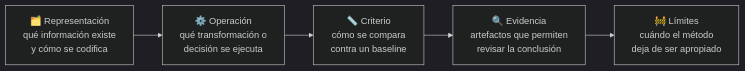
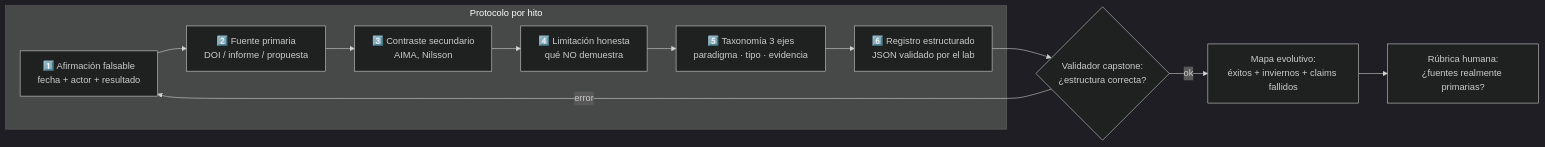
Before and after one commit to vladimiracunadev-create/artificial-intelligence-evolution-program: the diagram in classes/part-00-foundations-history-and-scientific-method/012-proyecto-mapa-evolutivo-verificable-de-la-ia/theory.md, drawn with Mermaid (dark theme). The commit also changed other lines of this file and 47 other files, not shown here.

````diff
--- a/classes/part-00-foundations-history-and-scientific-method/012-proyecto-mapa-evolutivo-verificable-de-la-ia/theory.md
+++ b/classes/part-00-foundations-history-and-scientific-method/012-proyecto-mapa-evolutivo-verificable-de-la-ia/theory.md
@@ -20,7 +105,14 @@
 ```mermaid
 flowchart LR
-    R["🗂️ Representación<br/>qué información existe<br/>y cómo se codifica"] --> O["⚙️ Operación<br/>qué transformación o<br/>decisión se ejecuta"]
-    O --> C["📏 Criterio<br/>cómo se compara<br/>contra un baseline"]
-    C --> E["🔍 Evidencia<br/>artefactos que permiten<br/>revisar la conclusión"]
-    E --> L["🚧 Límites<br/>cuándo el método<br/>deja de ser apropiado"]
+    subgraph Por_hito["Protocolo por hito"]
+        A["1️⃣ Afirmación falsable<br/>fecha + actor + resultado"] --> B["2️⃣ Fuente primaria<br/>DOI / informe / propuesta"]
+        B --> C["3️⃣ Contraste secundario<br/>AIMA, Nilsson"]
+        C --> D["4️⃣ Limitación honesta<br/>qué NO demuestra"]
+        D --> E["5️⃣ Taxonomía 3 ejes<br/>paradigma · tipo · evidencia"]
+        E --> F["6️⃣ Registro estructurado<br/>JSON validado por el lab"]
+    end
+    F --> G{"Validador capstone:<br/>¿estructura correcta?"}
+    G -- "ok" --> H["Mapa evolutivo:<br/>éxitos + inviernos + claims fallidos"]
+    G -- "error" --> A
+    H --> I["Rúbrica humana:<br/>¿fuentes realmente primarias?"]
 ```
````
